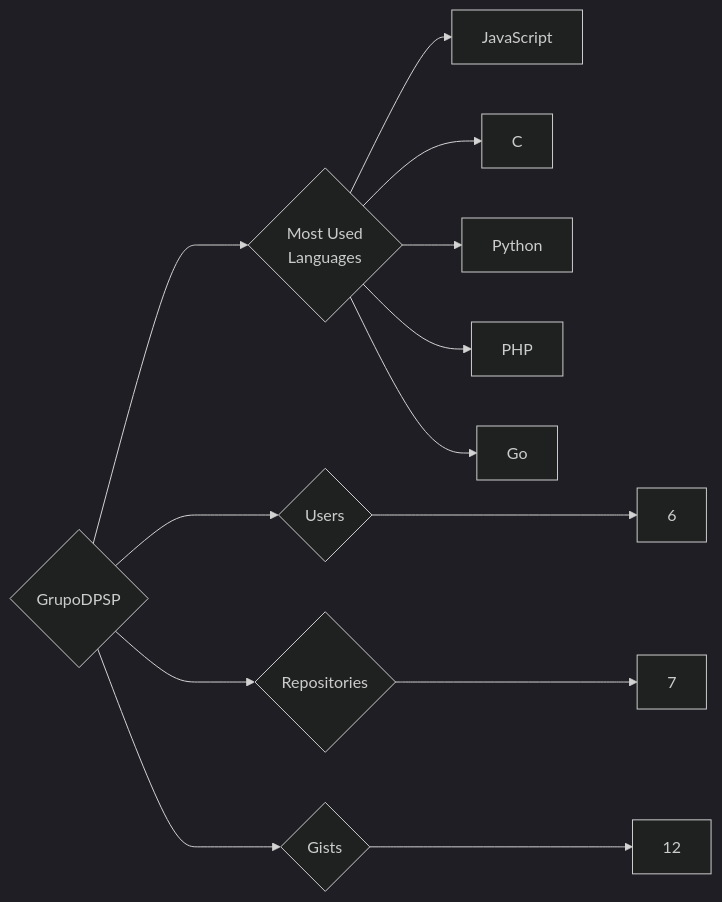
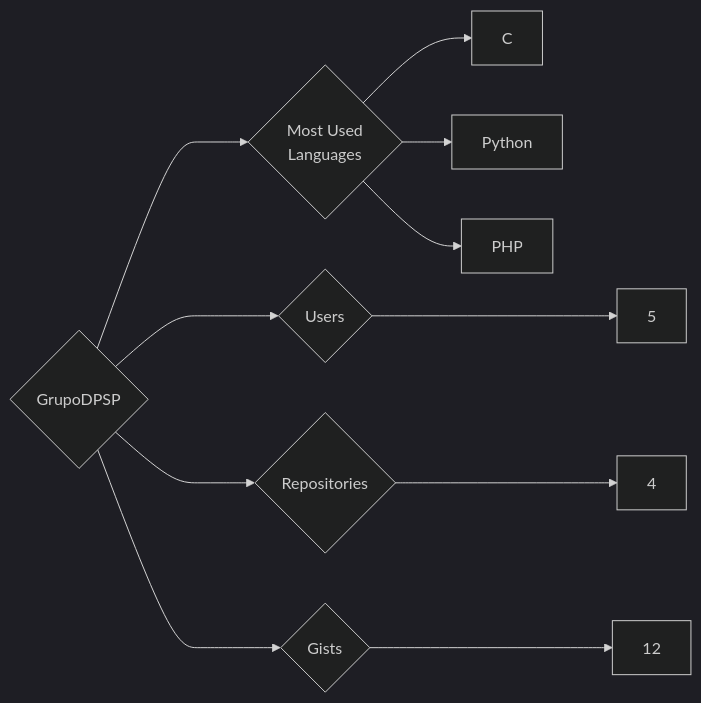
Before and after one commit to trickest/insiders: the diagram in targets/GrupoDPSP/README.md, drawn with Mermaid (dark theme). The commit also changed 1007 other files, not shown here.

````diff
--- a/targets/GrupoDPSP/README.md
+++ b/targets/GrupoDPSP/README.md
@@ -3,13 +3,11 @@
 ```mermaid
 graph LR
 COMPANY_NAME{GrupoDPSP}
-COMPANY_NAME ---> U{Users} ---> UN[6]
-COMPANY_NAME ---> R{Repositories} ---> RN[7]
+COMPANY_NAME ---> U{Users} ---> UN[5]
+COMPANY_NAME ---> R{Repositories} ---> RN[4]
 COMPANY_NAME ---> G{Gists} ---> GN[12]
 COMPANY_NAME ---> ML{Most Used<br>Languages}
-ML --> JavaScript[JavaScript]
 ML --> C[C]
 ML --> Python[Python]
 ML --> PHP[PHP]
-ML --> Go[Go]
 ```
````
